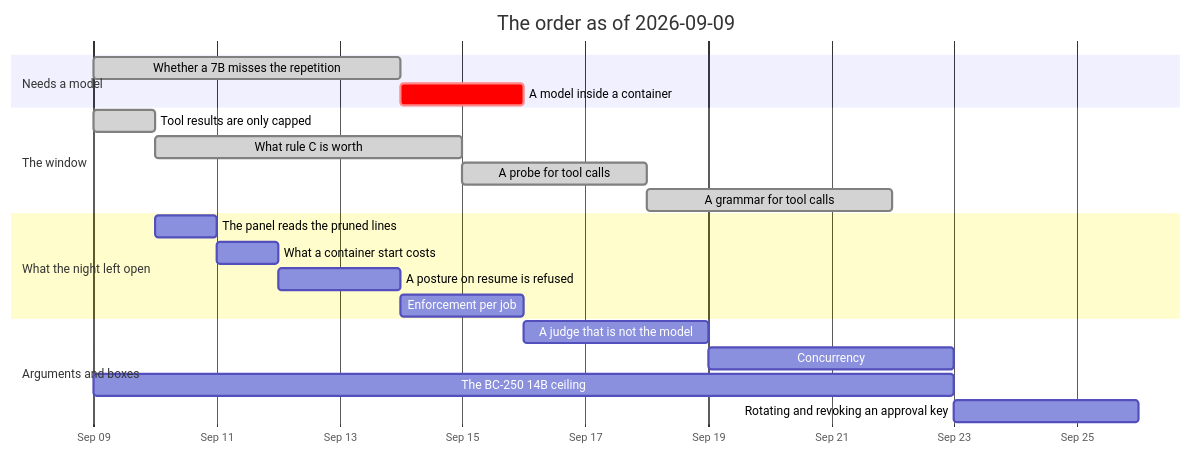
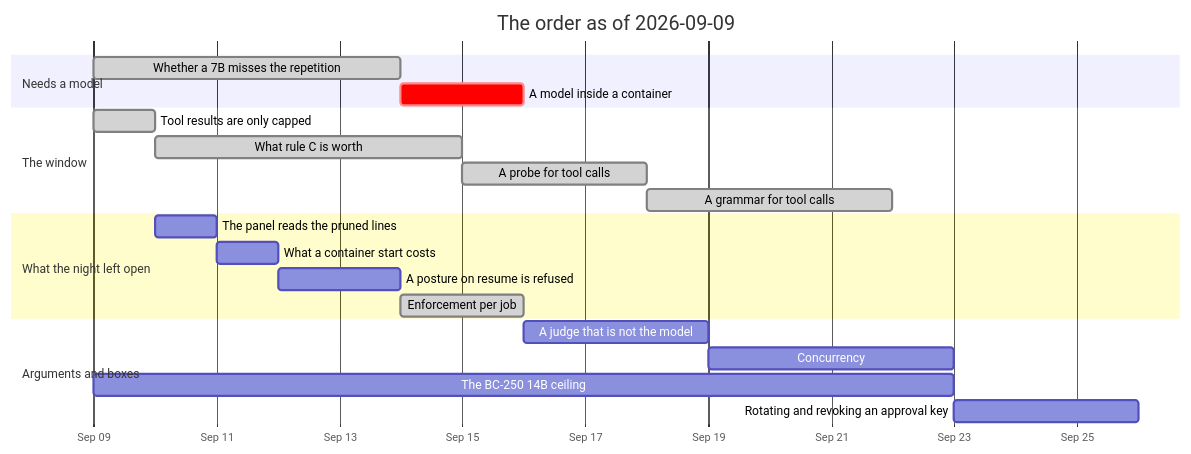
Before and after one commit to jgermade/luu: the diagram in ROADMAP/2026-09-09/README.md, drawn with Mermaid. The commit also changed other lines of this file and 12 other files, not shown here.

First line of the commit message:
Enforcement per job: allow plans to tighten kernel enforcement (#33)

````diff
--- a/ROADMAP/2026-09-09/README.md
+++ b/ROADMAP/2026-09-09/README.md
@@ -85,24 +85,24 @@
 ```mermaid
 gantt
     title The order as of 2026-09-09
     dateFormat YYYY-MM-DD
     axisFormat %b %d
     section Needs a model
     Whether a 7B misses the repetition     :done, rep, 2026-09-09, 5d
     A model inside a container             :crit, ctr, after rep, 2d
     section The window
     Tool results are only capped           :done, steps, 2026-09-09, 1d
     What rule C is worth                   :done, worth, after steps, 5d
     A probe for tool calls                 :done, probe, after worth, 3d
     A grammar for tool calls               :done, gbnf, after probe, 4d
     section What the night left open
     The panel reads the pruned lines       :trace, after steps, 1d
     What a container start costs           :cost, after trace, 1d
     A posture on resume is refused         :posture, after cost, 2d
-    Enforcement per job                    :enf, after posture, 2d
+    Enforcement per job                    :done, enf, after posture, 2d
     section Arguments and boxes
     A judge that is not the model          :judge, after enf, 3d
     Concurrency                            :conc, after judge, 4d
     The BC-250 14B ceiling                 :bc250, 2026-09-09, 14d
     Rotating and revoking an approval key  :keys, after conc, 3d
 ```
````
